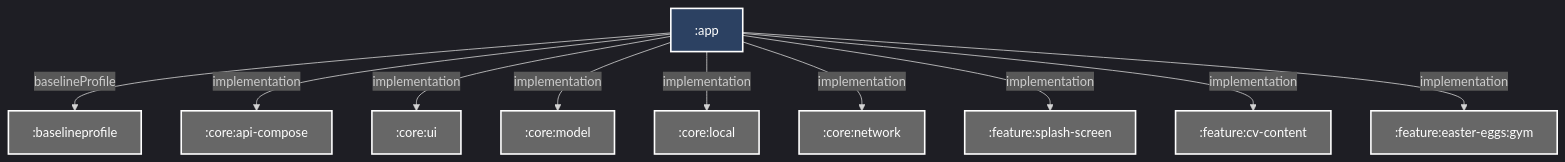
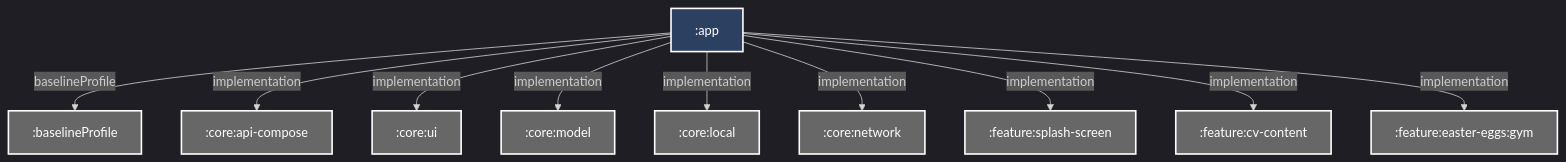
Before and after one commit to Dussim/cv-app: the diagram in app/README.md, drawn with Mermaid. The commit also changed 71 other files, not shown here.

````diff
--- a/app/README.md
+++ b/app/README.md
@@ -3,32 +3,32 @@
 ```mermaid
 %%{
   init: {
     'theme': 'dark'
   }
 }%%
 
 graph TB
-  :app -- baselineProfile --> :baselineprofile
+  :app -- baselineProfile --> :baselineProfile
   :app -- implementation --> :core:api-compose
   :app -- implementation --> :core:ui
   :app -- implementation --> :core:model
   :app -- implementation --> :core:local
   :app -- implementation --> :core:network
   :app -- implementation --> :feature:splash-screen
   :app -- implementation --> :feature:cv-content
   :app -- implementation --> :feature:easter-eggs:gym
 
 classDef android-application fill:#2C4162,stroke:#fff,stroke-width:2px,color:#fff;
 classDef unknown fill:#676767,stroke:#fff,stroke-width:2px,color:#fff;
 class :app android-application
-class :baselineprofile unknown
+class :baselineProfile unknown
 class :core:api-compose unknown
 class :core:ui unknown
 class :core:model unknown
 class :core:local unknown
 class :core:network unknown
 class :feature:splash-screen unknown
 class :feature:cv-content unknown
 class :feature:easter-eggs:gym unknown
 
 ```
````
